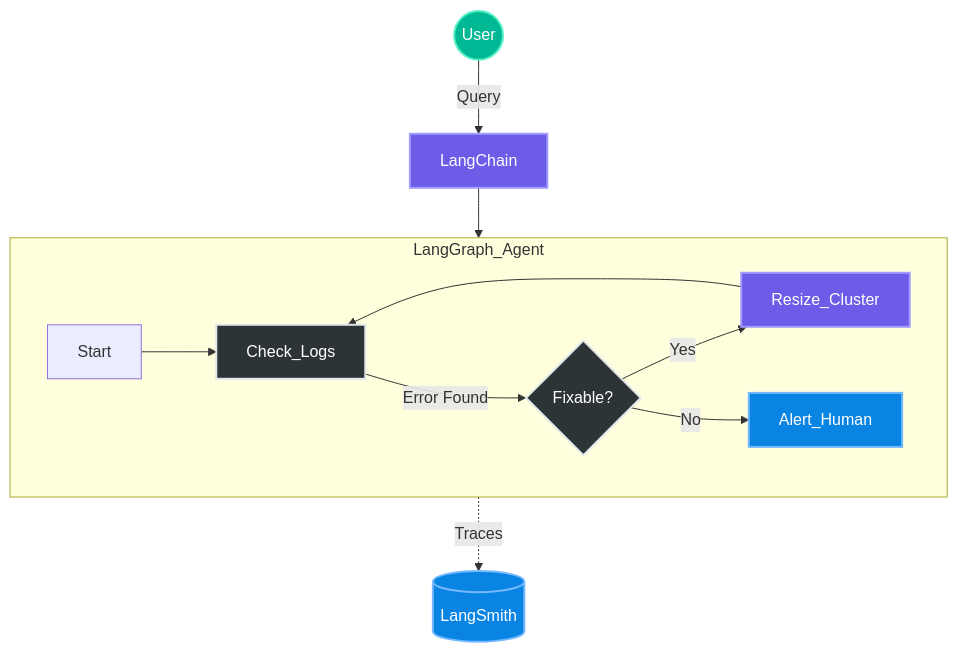
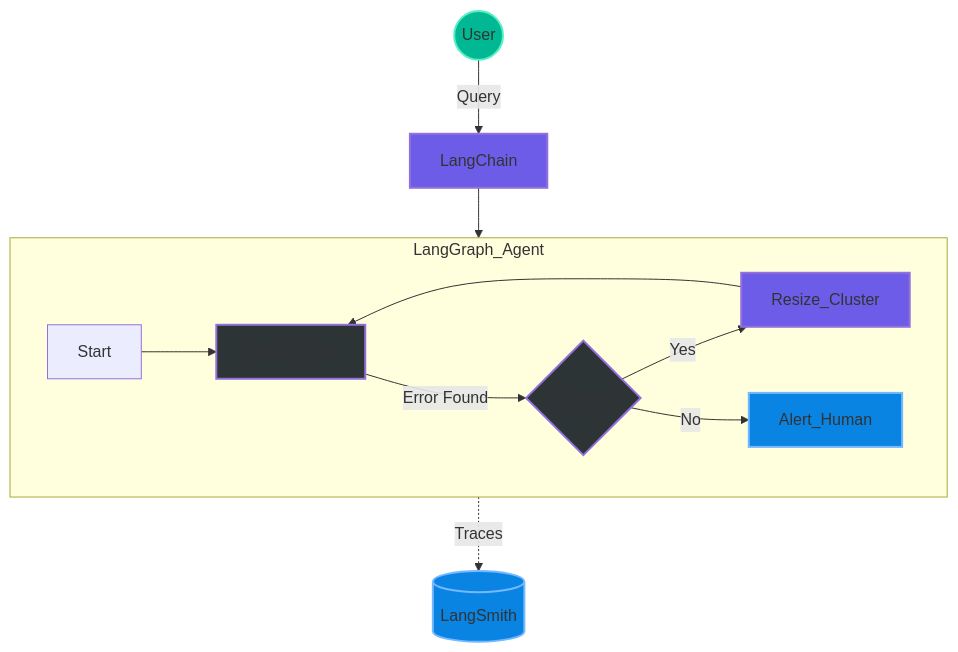
One commit to visuvishwa99/second_brain changed the diagram in 02_Brain/pages/09_AI/langchain.md. Above: the diagram before and after it, drawn with Mermaid. The commit also changed other lines of this file and 91 other files, not shown here.

````diff
--- a/02_Brain/pages/09_AI/langchain.md
+++ b/02_Brain/pages/09_AI/langchain.md
@@ -97,21 +97,21 @@
 ```mermaid
 flowchart TD
-    classDef logic fill:#2d3436,stroke:#dfe6e9,stroke-width:2px,color:#fff
-    classDef storage fill:#0984e3,stroke:#74b9ff,stroke-width:2px,color:#fff
-    classDef process fill:#6c5ce7,stroke:#a29bfe,stroke-width:2px,color:#fff
-    classDef user fill:#00b894,stroke:#55efc4,stroke-width:2px,color:#fff
-    classDef group fill:#f1f2f6,stroke:#2f3542,stroke-width:1px,color:#2d3436
+ classDef logic fill:#2d3436,stroke:,stroke-width:2px,color:
+ classDef storage fill:#0984e3,stroke:#74b9ff,stroke-width:2px,color:
+ classDef process fill:#6c5ce7,stroke:,stroke-width:2px,color:
+ classDef user fill:#00b894,stroke:#55efc4,stroke-width:2px,color:
+ classDef group fill:,stroke:#2f3542,stroke-width:1px,color:#2d3436
 
-    U((User)):::user -->|Query| LC[LangChain]:::process
-    
-    subgraph LangGraph_Agent
-        Start --> Check_Logs:::logic
-        Check_Logs -->|Error Found| Decide{Fixable?}:::logic
-        Decide -->|Yes| Resize_Cluster:::process
-        Resize_Cluster --> Check_Logs
-        Decide -->|No| Alert_Human:::storage
-    end
-    
-    LC --> LangGraph_Agent
-    LangGraph_Agent -.->|Traces| LS[(LangSmith)]:::storage
+ U((User)):::user -->|Query| LC[LangChain]:::process
+
+ subgraph LangGraph_Agent
+ Start --> Check_Logs:::logic
+ Check_Logs -->|Error Found| Decide{Fixable?}:::logic
+ Decide -->|Yes| Resize_Cluster:::process
+ Resize_Cluster --> Check_Logs
+ Decide -->|No| Alert_Human:::storage
+ end
+
+ LC --> LangGraph_Agent
+ LangGraph_Agent -.->|Traces| LS[(LangSmith)]:::storage
 ```
````
